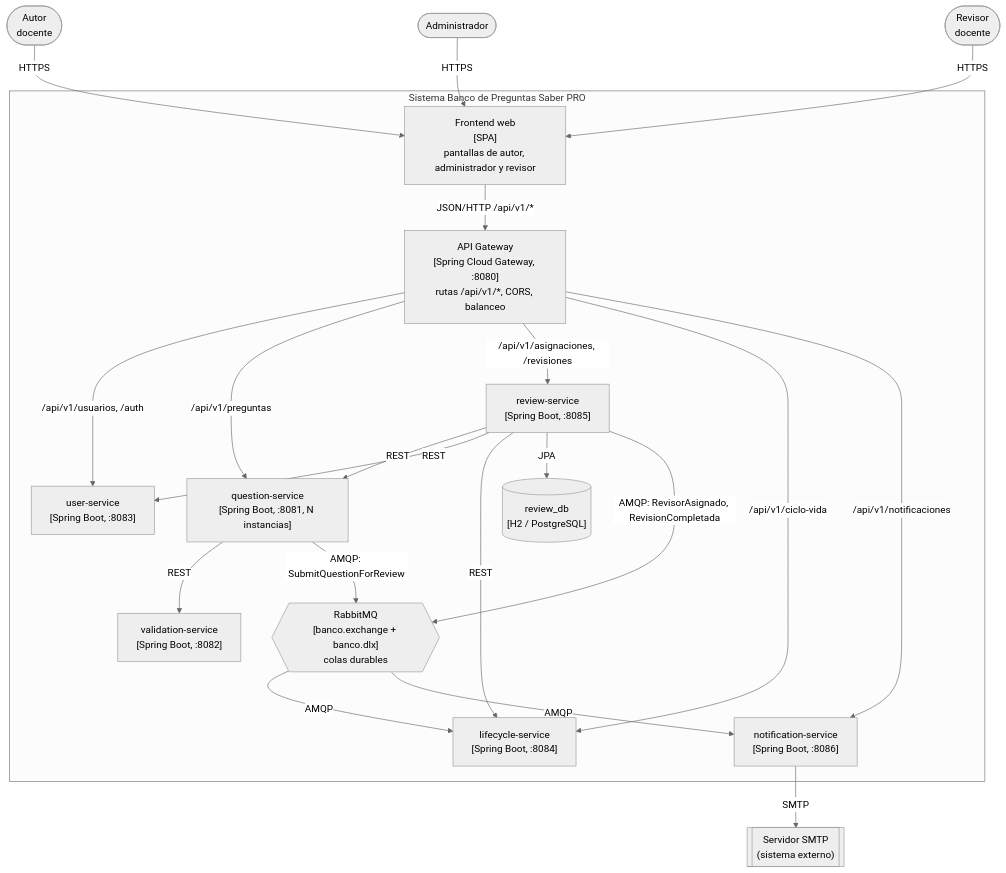
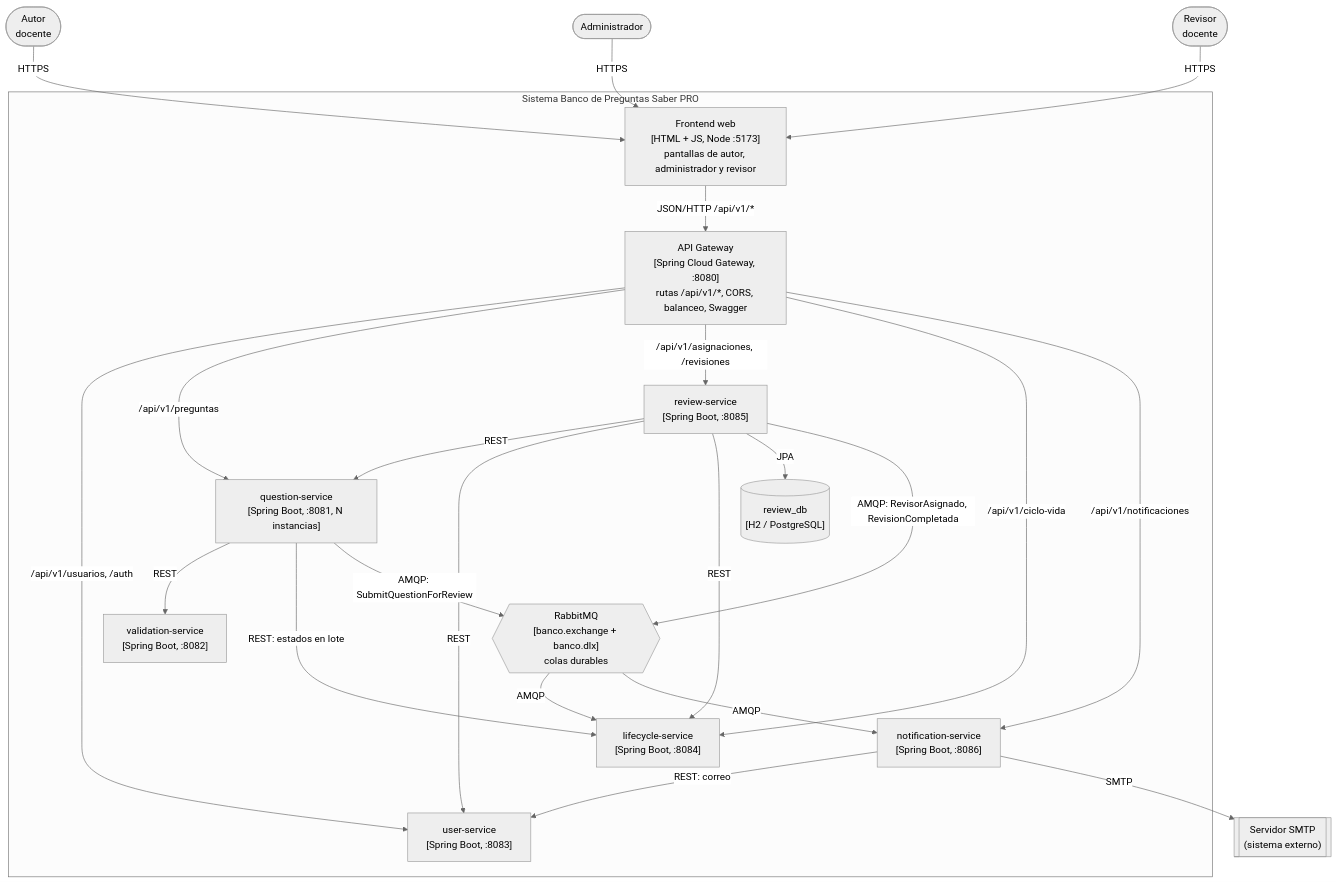
One commit to santyxswc/Banco_preguntas-ISoftII changed the diagram in arquitectura/diagramas/c4-contenedores.mmd. Above: the diagram before and after it, drawn with Mermaid (neutral theme). The commit also changed 4 other files, not shown here.

```diff
--- a/arquitectura/diagramas/c4-contenedores.mmd
+++ b/arquitectura/diagramas/c4-contenedores.mmd
@@ -1,36 +1,38 @@
 flowchart TB
     autor(["Autor<br/>docente"])
     admin(["Administrador"])
     revisor(["Revisor<br/>docente"])
     smtp[["Servidor SMTP<br/>(sistema externo)"]]
 
     subgraph SIS["Sistema Banco de Preguntas Saber PRO"]
-        FE["Frontend web<br/>[SPA]<br/>pantallas de autor, administrador y revisor"]
-        GW["API Gateway<br/>[Spring Cloud Gateway, :8080]<br/>rutas /api/v1/*, CORS, balanceo"]
+        FE["Frontend web<br/>[HTML + JS, Node :5173]<br/>pantallas de autor, administrador y revisor"]
+        GW["API Gateway<br/>[Spring Cloud Gateway, :8080]<br/>rutas /api/v1/*, CORS, balanceo, Swagger"]
         US["user-service<br/>[Spring Boot, :8083]"]
         QS["question-service<br/>[Spring Boot, :8081, N instancias]"]
         VS["validation-service<br/>[Spring Boot, :8082]"]
         LS["lifecycle-service<br/>[Spring Boot, :8084]"]
         RS["review-service<br/>[Spring Boot, :8085]"]
         NS["notification-service<br/>[Spring Boot, :8086]"]
         MQ{{"RabbitMQ<br/>[banco.exchange + banco.dlx]<br/>colas durables"}}
         RDB[("review_db<br/>[H2 / PostgreSQL]")]
     end
 
     autor & admin & revisor -- "HTTPS" --> FE
     FE -- "JSON/HTTP /api/v1/*" --> GW
     GW -- "/api/v1/usuarios, /auth" --> US
     GW -- "/api/v1/preguntas" --> QS
     GW -- "/api/v1/asignaciones, /revisiones" --> RS
     GW -- "/api/v1/ciclo-vida" --> LS
     GW -- "/api/v1/notificaciones" --> NS
     QS -- "REST" --> VS
+    QS -- "REST: estados en lote" --> LS
     QS -- "AMQP: SubmitQuestionForReview" --> MQ
     MQ -- "AMQP" --> LS
     RS -- "REST" --> QS
     RS -- "REST" --> US
     RS -- "REST" --> LS
     RS -- "JPA" --> RDB
     RS -- "AMQP: RevisorAsignado, RevisionCompletada" --> MQ
     MQ -- "AMQP" --> NS
+    NS -- "REST: correo" --> US
     NS -- "SMTP" --> smtp
```
